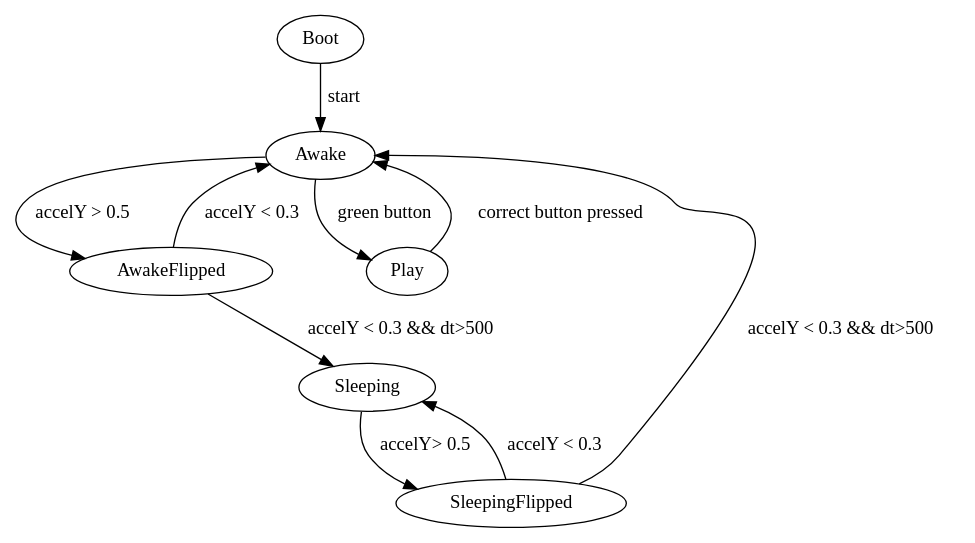
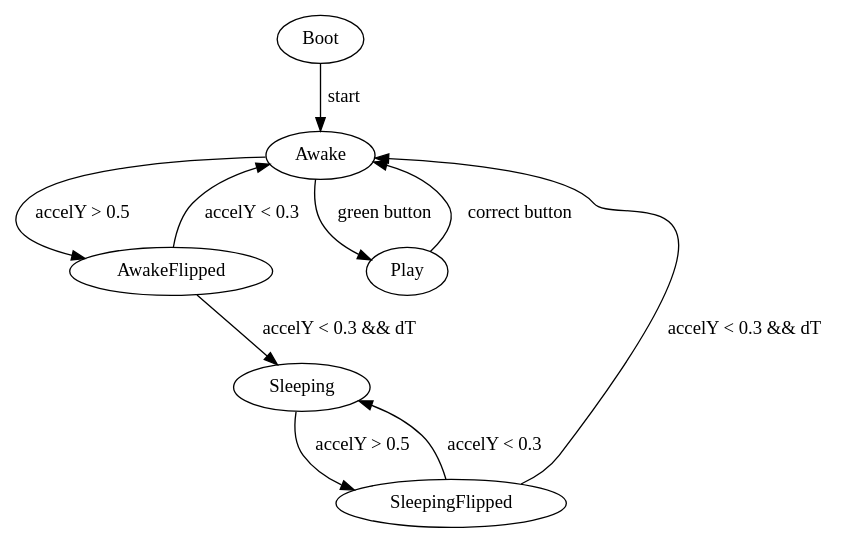
The diagram in states.dot (titouanc/sicp-project), drawn with Graphviz before and after one commit.

Commit message:
[enh] Shorter graph

```diff
--- a/states.dot
+++ b/states.dot
@@ -1,14 +1,14 @@
 digraph virtualpet {
     Boot -> Awake [label="start"];
 
     Awake -> AwakeFlipped [label="accelY > 0.5"];
-    AwakeFlipped -> Sleeping [label="accelY < 0.3 && dt>500"];
     AwakeFlipped -> Awake [label="accelY < 0.3"];
+    AwakeFlipped -> Sleeping [label="accelY < 0.3 && dT"];
 
-    Sleeping -> SleepingFlipped [label="accelY> 0.5"];
+    Sleeping -> SleepingFlipped [label="accelY > 0.5"];
     SleepingFlipped -> Sleeping [label="accelY < 0.3"];
-    SleepingFlipped -> Awake [label="accelY < 0.3 && dt>500"];
+    SleepingFlipped -> Awake [label="accelY < 0.3 && dT"];
 
     Awake -> Play [label="green button"];
-    Play -> Awake [label="correct button pressed"];
+    Play -> Awake [label="correct button"];
 }
```
